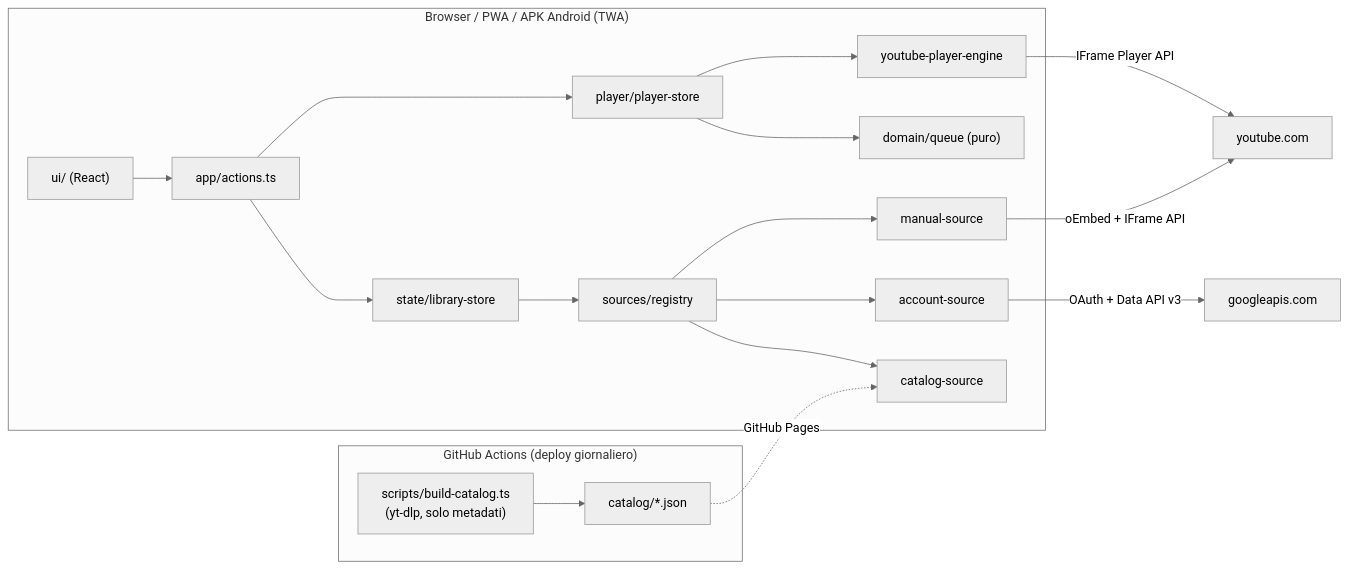
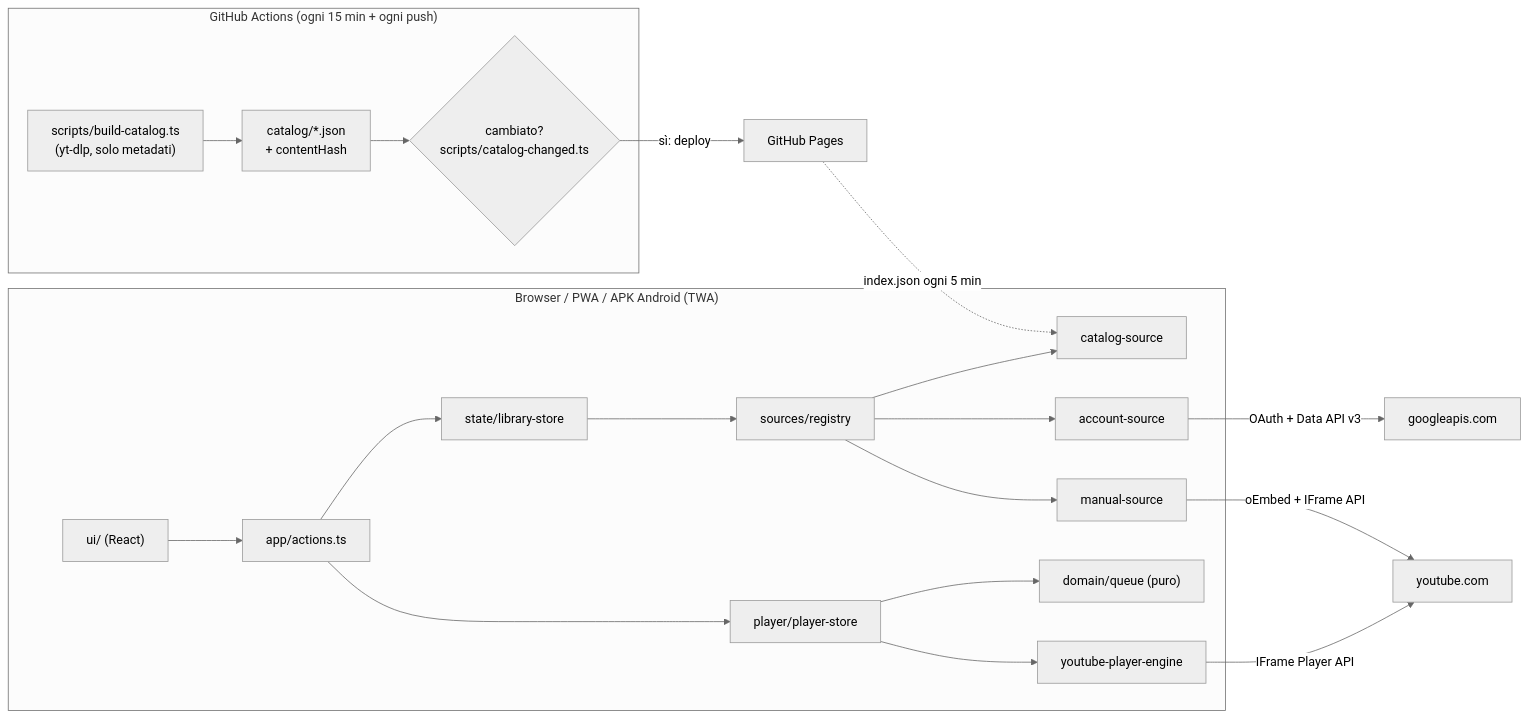
Before and after one commit to progliodario/playlist-player: the diagram in docs/sviluppo/architettura.md, drawn with Mermaid (neutral theme). The commit also changed other lines of this file and 35 other files, not shown here.

````diff
--- a/docs/sviluppo/architettura.md
+++ b/docs/sviluppo/architettura.md
@@ -5,21 +9,23 @@
 ```mermaid
 flowchart LR
-  subgraph CI["GitHub Actions (deploy giornaliero)"]
-    YTDLP["scripts/build-catalog.ts<br/>(yt-dlp, solo metadati)"] --> CAT["catalog/*.json"]
+  subgraph CI["GitHub Actions (ogni 15 min + ogni push)"]
+    YTDLP["scripts/build-catalog.ts<br/>(yt-dlp, solo metadati)"] --> CAT["catalog/*.json<br/>+ contentHash"]
+    CAT --> CMP{"cambiato?<br/>scripts/catalog-changed.ts"}
   end
   subgraph Browser["Browser / PWA / APK Android (TWA)"]
     UI["ui/ (React)"] --> ACT["app/actions.ts"]
     ACT --> LIB["state/library-store"]
     ACT --> PS["player/player-store"]
     LIB --> SRC["sources/registry"]
     SRC --> S1["catalog-source"]
     SRC --> S2["account-source"]
     SRC --> S3["manual-source"]
     PS --> Q["domain/queue (puro)"]
     PS --> ENG["youtube-player-engine"]
   end
-  CAT -. GitHub Pages .-> S1
+  CMP -- "sì: deploy" --> PAGES["GitHub Pages"]
+  PAGES -. "index.json ogni 5 min" .-> S1
   S2 -- "OAuth + Data API v3" --> GAPI["googleapis.com"]
   S3 -- "oEmbed + IFrame API" --> YT["youtube.com"]
   ENG -- "IFrame Player API" --> YT
 ```
````
